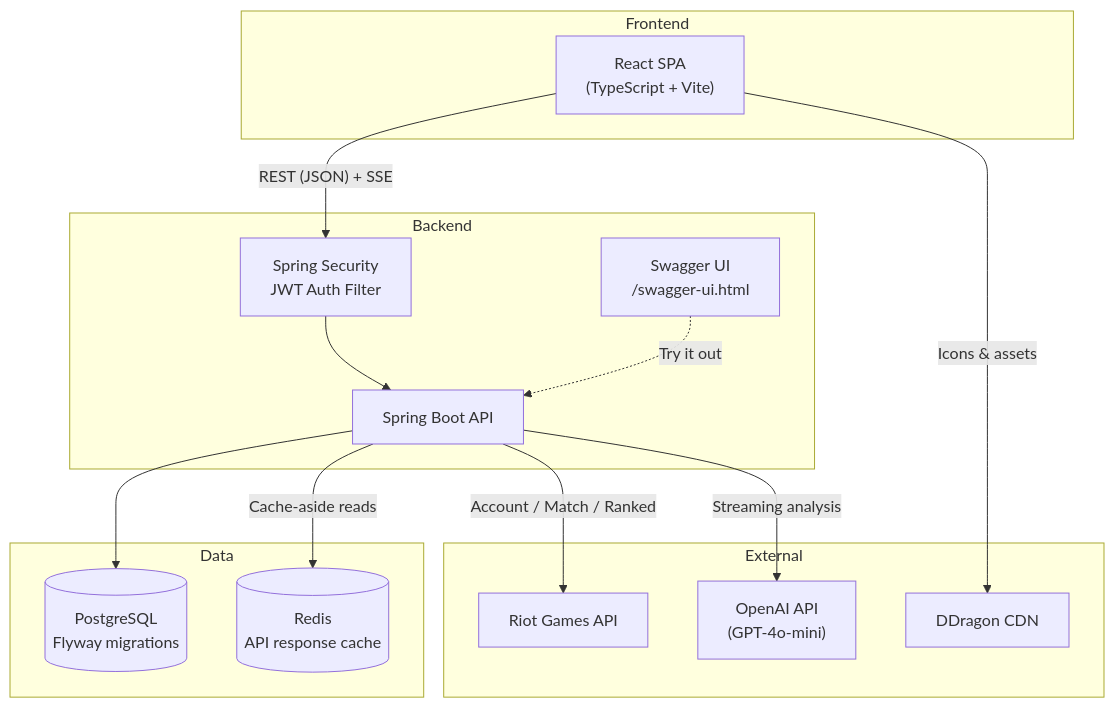
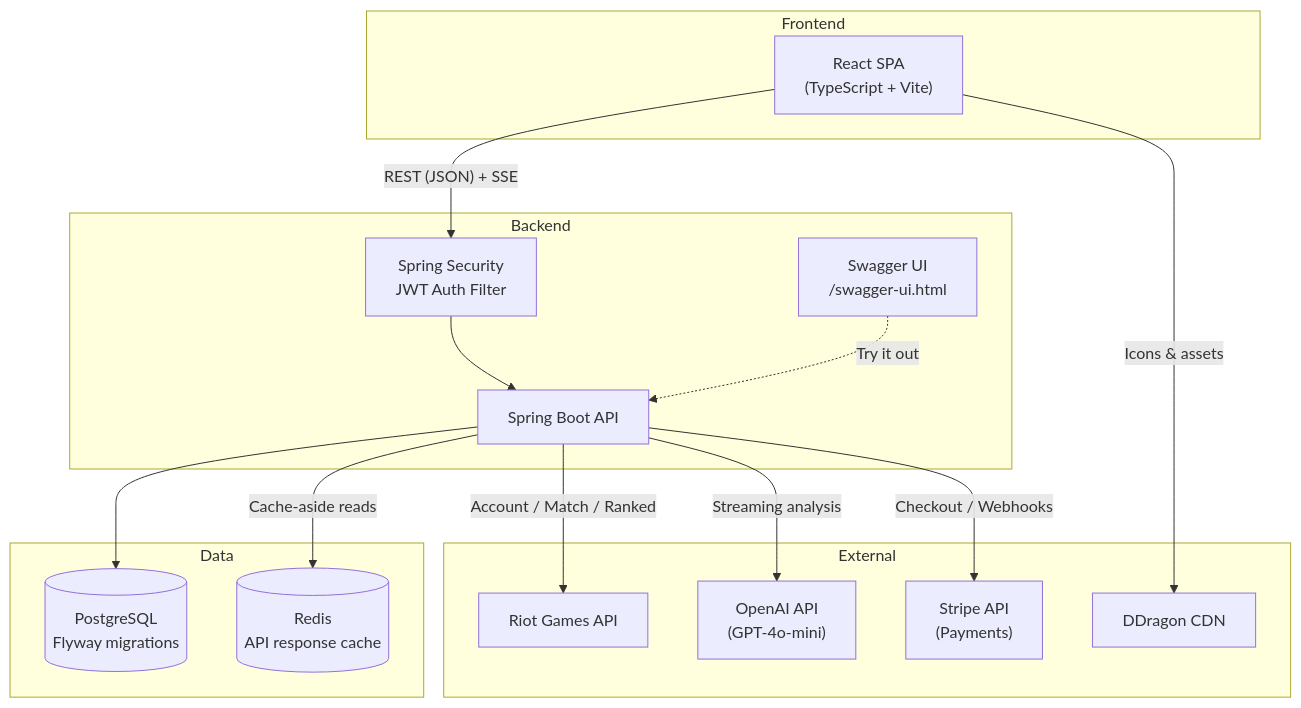
Before and after one commit to jianweicheng0822/lol-tracker: the diagram in README.md, drawn with Mermaid. The commit also changed other lines of this file and 3 other files, not shown here.

````diff
--- a/README.md
+++ b/README.md
@@ -51,32 +51,34 @@
 ```mermaid
 graph TB
     subgraph Frontend
         Browser["React SPA<br/>(TypeScript + Vite)"]
     end
 
     subgraph Backend
         API["Spring Boot API"]
         Security["Spring Security<br/>JWT Auth Filter"]
         Swagger["Swagger UI<br/>/swagger-ui.html"]
     end
 
     subgraph Data
         DB[("PostgreSQL<br/>Flyway migrations")]
         Redis[("Redis<br/>API response cache")]
     end
 
     subgraph External
         Riot["Riot Games API"]
         OpenAI["OpenAI API<br/>(GPT-4o-mini)"]
+        Stripe["Stripe API<br/>(Payments)"]
         DDragon["DDragon CDN"]
     end
 
     Browser -->|"REST (JSON) + SSE"| Security
     Security --> API
     API --> DB
     API -->|"Cache-aside reads"| Redis
     API -->|"Account / Match / Ranked"| Riot
     API -->|"Streaming analysis"| OpenAI
+    API -->|"Checkout / Webhooks"| Stripe
     Browser -->|"Icons & assets"| DDragon
     Swagger -.->|"Try it out"| API
 ```
````
